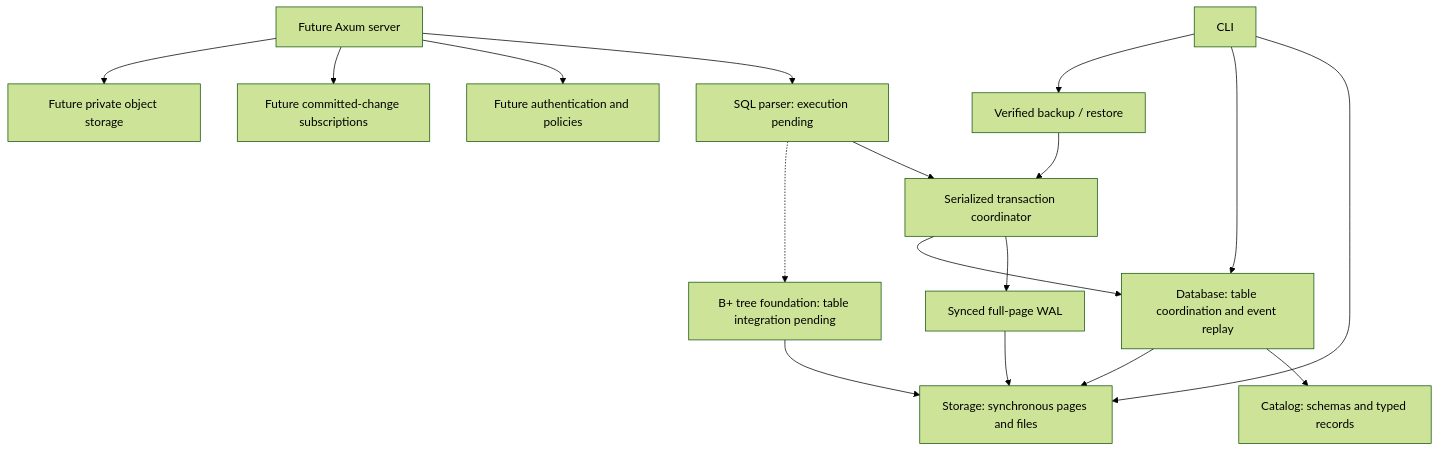
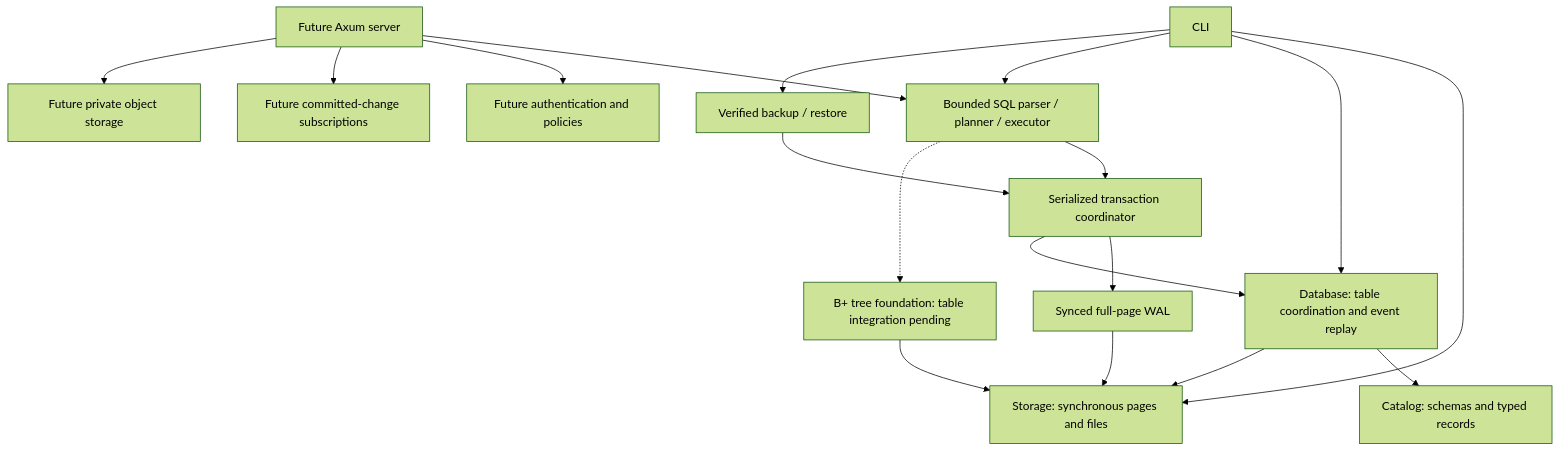
The diagram in docs/architecture.md (vantaeonx/EmilyBase), drawn with Mermaid (forest theme) before and after one commit. The commit also changed other lines of this file and 17 other files, not shown here.

Commit message:
feat(query): execute bounded SQL scripts through managed WAL

````diff
--- a/docs/architecture.md
+++ b/docs/architecture.md
@@ -7,19 +7,20 @@
 ```mermaid
 flowchart TD
   CLI[CLI] --> Storage[Storage: synchronous pages and files]
   CLI --> Database[Database: table coordination and event replay]
   Database --> Catalog[Catalog: schemas and typed records]
   Database --> Storage
-  HTTP[Future Axum server] --> Query[SQL parser: execution pending]
+  HTTP[Future Axum server] --> Query[Bounded SQL parser / planner / executor]
+  CLI --> Query
   Query --> Transactions[Serialized transaction coordinator]
   Transactions --> WAL[Synced full-page WAL]
   Transactions --> Database
   Query -.-> Index[B+ tree foundation: table integration pending]
   Index --> Storage
   WAL --> Storage
   HTTP --> Auth[Future authentication and policies]
   HTTP --> Realtime[Future committed-change subscriptions]
   HTTP --> Objects[Future private object storage]
   CLI --> Backup[Verified backup / restore]
   Backup --> Transactions
 ```
````
